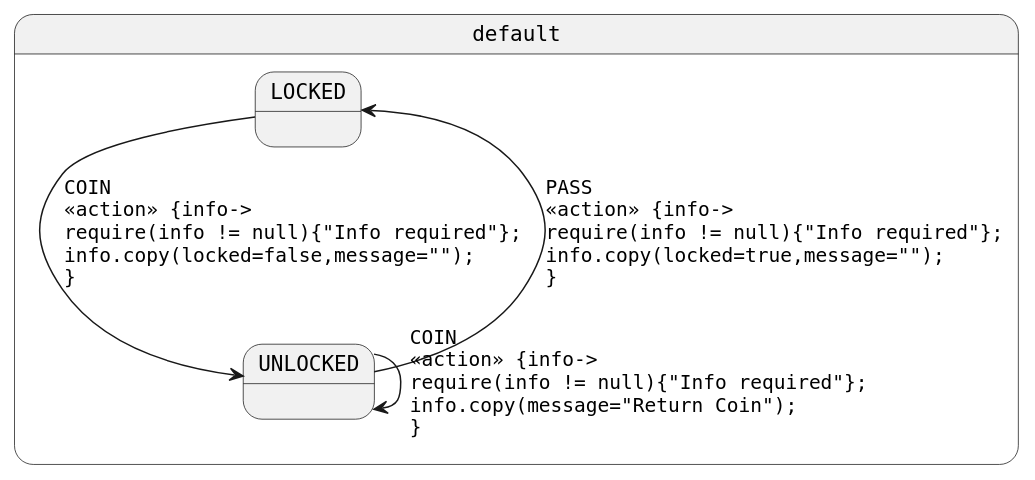
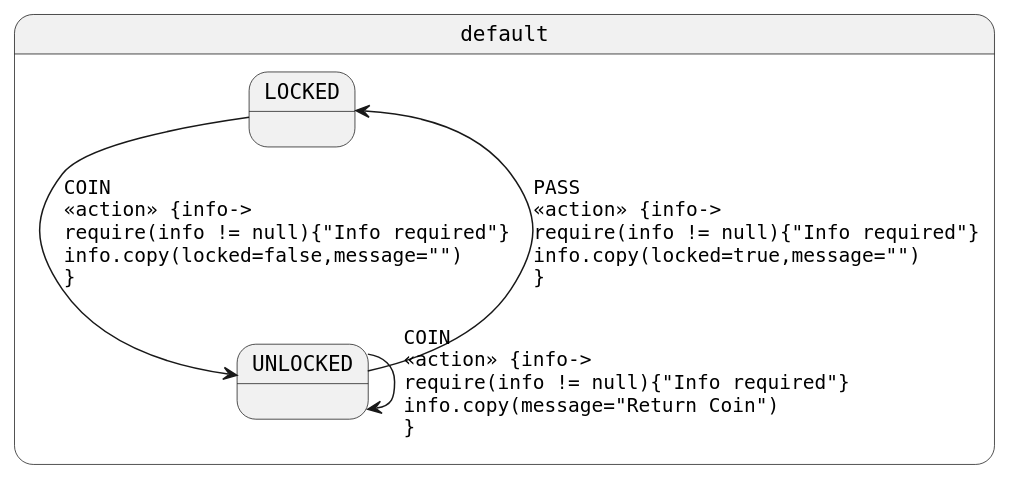
The diagram in generated-parsed/turnstile.plantuml (open-jumpco/kfsm-viz), drawn with PlantUML before and after one commit. The commit also changed 10 other files, not shown here.

```diff
--- a/generated-parsed/turnstile.plantuml
+++ b/generated-parsed/turnstile.plantuml
@@ -1,9 +1,9 @@
 @startuml
 skinparam StateFontName Helvetica
 skinparam defaultFontName Monospaced
 state default {
-LOCKED --> UNLOCKED : COIN\l<<action>> {info->\lrequire(info != null){"Info required"};\linfo.copy(locked=false,message="");\l}
-UNLOCKED --> LOCKED : PASS\l<<action>> {info->\lrequire(info != null){"Info required"};\linfo.copy(locked=true,message="");\l}
-UNLOCKED --> UNLOCKED : COIN\l<<action>> {info->\lrequire(info != null){"Info required"};\linfo.copy(message="Return Coin");\l}
+LOCKED --> UNLOCKED : COIN\l<<action>> {info->\lrequire(info != null){"Info required"}\linfo.copy(locked=false,message="")\l}
+UNLOCKED --> LOCKED : PASS\l<<action>> {info->\lrequire(info != null){"Info required"}\linfo.copy(locked=true,message="")\l}
+UNLOCKED --> UNLOCKED : COIN\l<<action>> {info->\lrequire(info != null){"Info required"}\linfo.copy(message="Return Coin")\l}
 }
 @enduml
```
